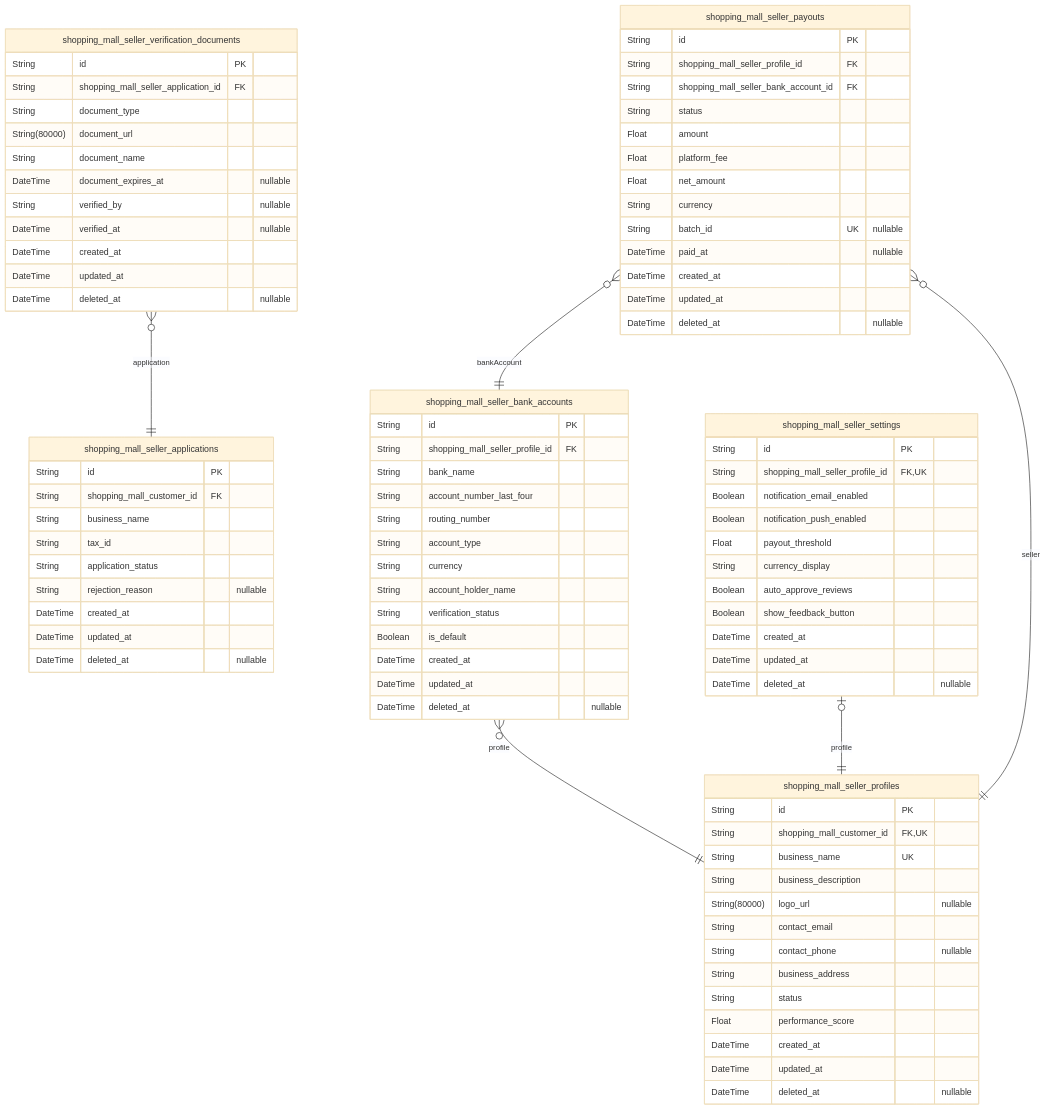
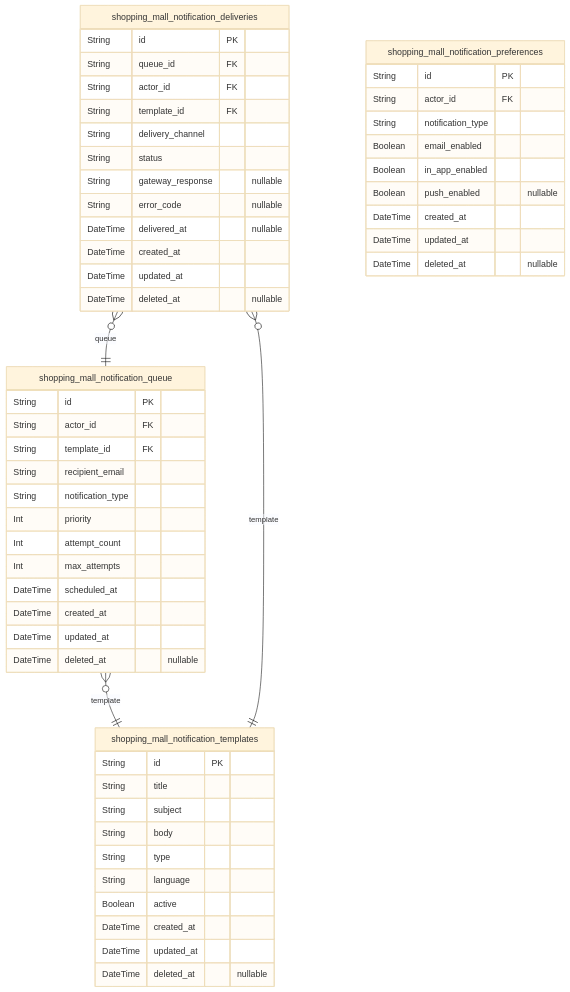
The ninth of 10 diagrams in qwen/qwen3-next-80b-a3b-instruct/shopping/docs/ERD.md (wrtnlabs/autobe-examples), drawn with Mermaid (base theme) before and after one commit. The commit also changed other lines of this file and 7173 other files, not shown here.

````diff
--- a/qwen/qwen3-next-80b-a3b-instruct/shopping/docs/ERD.md
+++ b/qwen/qwen3-next-80b-a3b-instruct/shopping/docs/ERD.md
@@ -2178,90 +2070,57 @@
 ```mermaid
 erDiagram
-"shopping_mall_seller_applications" {
+"shopping_mall_notification_templates" {
   String id PK
-  String shopping_mall_customer_id FK
-  String business_name
-  String tax_id
-  String application_status
-  String rejection_reason "nullable"
+  String title
+  String subject
+  String body
+  String type
+  String language
+  Boolean active
   DateTime created_at
   DateTime updated_at
   DateTime deleted_at "nullable"
 }
-"shopping_mall_seller_verification_documents" {
+"shopping_mall_notification_queue" {
   String id PK
-  String shopping_mall_seller_application_id FK
-  String document_type
-  String(80000) document_url
-  String document_name
-  DateTime document_expires_at "nullable"
-  String verified_by "nullable"
-  DateTime verified_at "nullable"
+  String actor_id FK
+  String template_id FK
+  String recipient_email
+  String notification_type
+  Int priority
+  Int attempt_count
+  Int max_attempts
+  DateTime scheduled_at
   DateTime created_at
   DateTime updated_at
   DateTime deleted_at "nullable"
 }
-"shopping_mall_seller_bank_accounts" {
+"shopping_mall_notification_deliveries" {
   String id PK
-  String shopping_mall_seller_profile_id FK
-  String bank_name
-  String account_number_last_four
-  String routing_number
-  String account_type
-  String currency
-  String account_holder_name
-  String verification_status
-  Boolean is_default
+  String queue_id FK
+  String actor_id FK
+  String template_id FK
+  String delivery_channel
+  String status
+  String gateway_response "nullable"
+  String error_code "nullable"
+  DateTime delivered_at "nullable"
   DateTime created_at
   DateTime updated_at
   DateTime deleted_at "nullable"
 }
-"shopping_mall_seller_profiles" {
+"shopping_mall_notification_preferences" {
   String id PK
-  String shopping_mall_customer_id FK,UK
-  String business_name UK
-  String business_description
-  String(80000) logo_url "nullable"
-  String contact_email
-  String contact_phone "nullable"
-  String business_address
-  String status
-  Float performance_score
+  String actor_id FK
+  String notification_type
+  Boolean email_enabled
+  Boolean in_app_enabled
+  Boolean push_enabled "nullable"
   DateTime created_at
   DateTime updated_at
   DateTime deleted_at "nullable"
 }
-"shopping_mall_seller_settings" {
-  String id PK
-  String shopping_mall_seller_profile_id FK,UK
-  Boolean notification_email_enabled
-  Boolean notification_push_enabled
-  Float payout_threshold
-  String currency_display
-  Boolean auto_approve_reviews
-  Boolean show_feedback_button
-  DateTime created_at
-  DateTime updated_at
-  DateTime deleted_at "nullable"
-}
-"shopping_mall_seller_payouts" {
-  String id PK
-  String shopping_mall_seller_profile_id FK
-  String shopping_mall_seller_bank_account_id FK
-  String status
-  Float amount
-  Float platform_fee
-  Float net_amount
-  String currency
-  String batch_id UK "nullable"
-  DateTime paid_at "nullable"
-  DateTime created_at
-  DateTime updated_at
-  DateTime deleted_at "nullable"
-}
-"shopping_mall_seller_verification_documents" }o--|| "shopping_mall_seller_applications" : application
-"shopping_mall_seller_bank_accounts" }o--|| "shopping_mall_seller_profiles" : profile
-"shopping_mall_seller_settings" |o--|| "shopping_mall_seller_profiles" : profile
-"shopping_mall_seller_payouts" }o--|| "shopping_mall_seller_profiles" : seller
-"shopping_mall_seller_payouts" }o--|| "shopping_mall_seller_bank_accounts" : bankAccount
+"shopping_mall_notification_queue" }o--|| "shopping_mall_notification_templates" : template
+"shopping_mall_notification_deliveries" }o--|| "shopping_mall_notification_queue" : queue
+"shopping_mall_notification_deliveries" }o--|| "shopping_mall_notification_templates" : template
 ```
````
